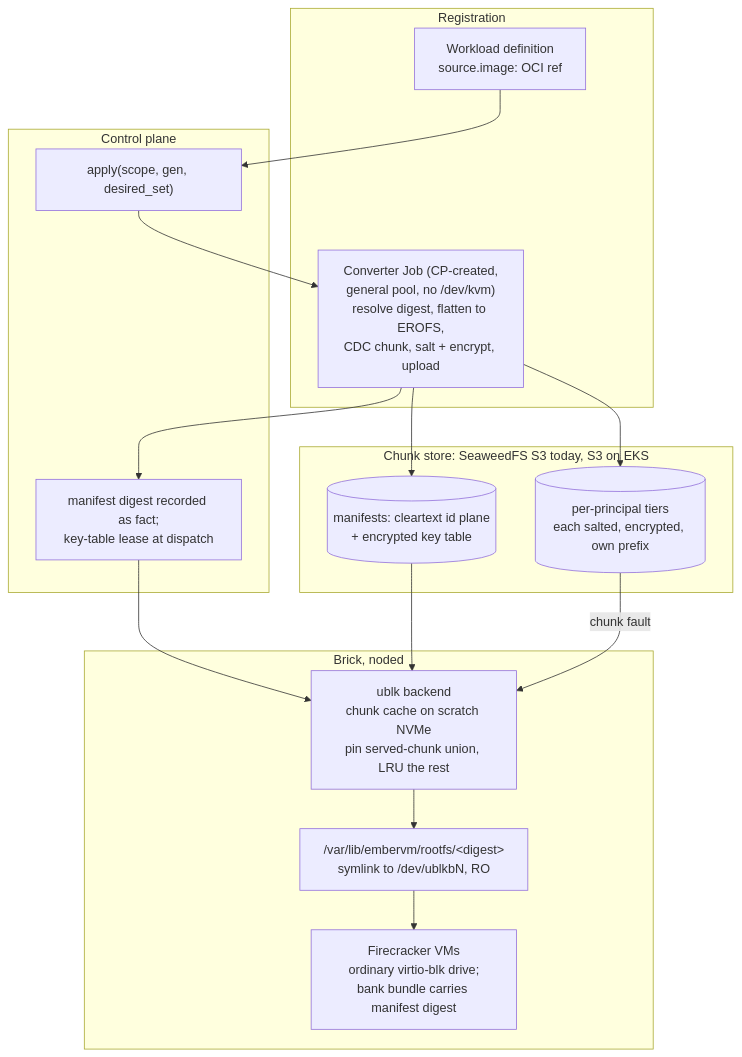
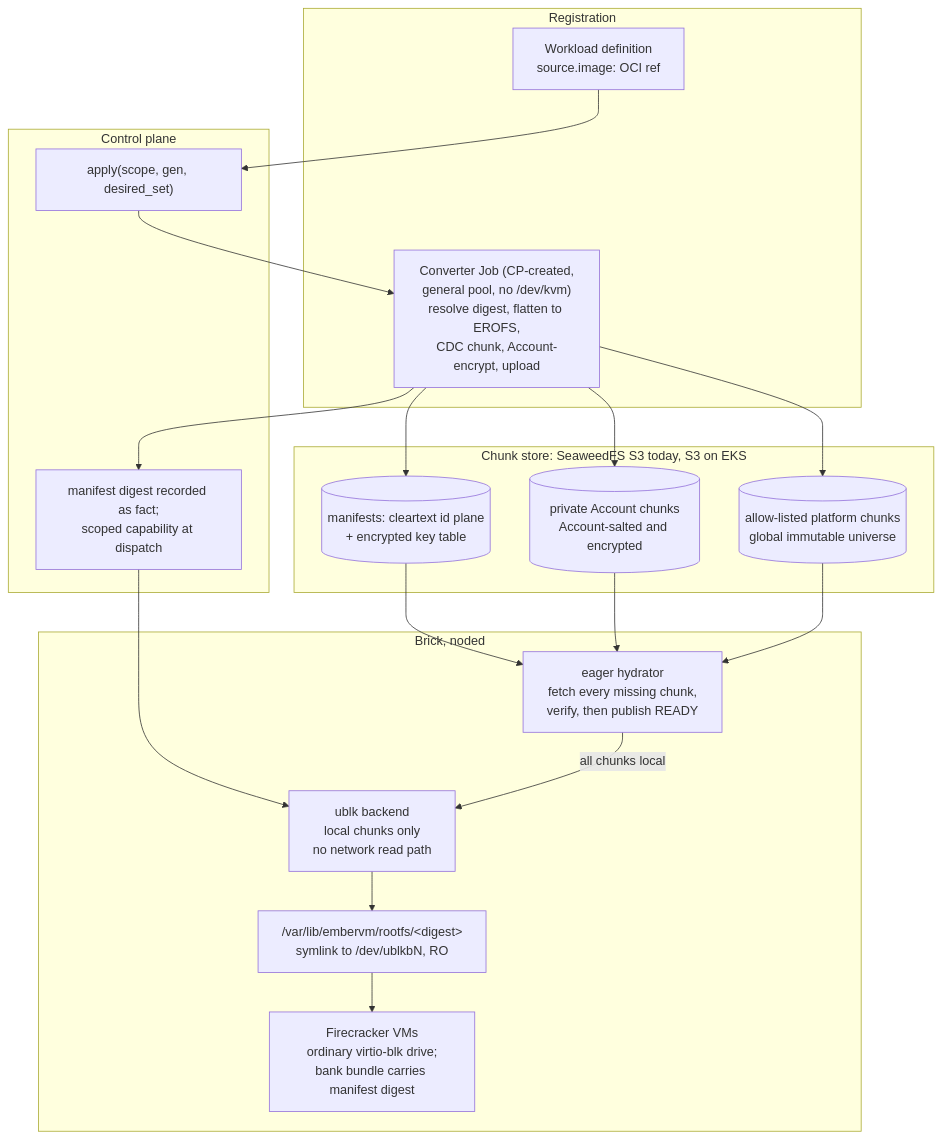
The diagram in docs/decisions/embervm/028-demand-loaded-rootfs-oci-chunk-store.md (jomcgi-org/homelab), drawn with Mermaid before and after one commit. The commit also changed other lines of this file and 11 other files, not shown here.

Commit message:
feat(embervm): define eager account rootfs chunks

````diff
--- a/docs/decisions/embervm/028-demand-loaded-rootfs-oci-chunk-store.md
+++ b/docs/decisions/embervm/028-demand-loaded-rootfs-oci-chunk-store.md
@@ -397,29 +360,34 @@
 ```mermaid
 graph TB
     subgraph reg [Registration]
         WL["Workload definition<br/>source.image: OCI ref"]
-        CONV["Converter Job (CP-created,<br/>general pool, no /dev/kvm)<br/>resolve digest, flatten to EROFS,<br/>CDC chunk, salt + encrypt, upload"]
+        CONV["Converter Job (CP-created,<br/>general pool, no /dev/kvm)<br/>resolve digest, flatten to EROFS,<br/>CDC chunk, Account-encrypt, upload"]
     end
     subgraph cp [Control plane]
         API["apply(scope, gen, desired_set)"]
-        FACT["manifest digest recorded as fact;<br/>key-table lease at dispatch"]
+        FACT["manifest digest recorded as fact;<br/>scoped capability at dispatch"]
     end
     subgraph store [Chunk store: SeaweedFS S3 today, S3 on EKS]
-        TEN[("per-principal tiers<br/>each salted, encrypted, own prefix")]
+        TEN[("private Account chunks<br/>Account-salted and encrypted")]
+        PUB[("allow-listed platform chunks<br/>global immutable universe")]
         MAN[("manifests: cleartext id plane<br/>+ encrypted key table")]
     end
     subgraph brick [Brick, noded]
-        BE["ublk backend<br/>chunk cache on scratch NVMe<br/>pin served-chunk union, LRU the rest"]
+        HYD["eager hydrator<br/>fetch every missing chunk,<br/>verify, then publish READY"]
+        BE["ublk backend<br/>local chunks only<br/>no network read path"]
         DEV["/var/lib/embervm/rootfs/&lt;digest&gt;<br/>symlink to /dev/ublkbN, RO"]
         FC["Firecracker VMs<br/>ordinary virtio-blk drive;<br/>bank bundle carries manifest digest"]
     end
     WL --> API
     API --> CONV
     CONV --> TEN
+    CONV --> PUB
     CONV --> MAN
     CONV --> FACT
     FACT --> BE
-    MAN --> BE
-    TEN -->|chunk fault| BE
+    MAN --> HYD
+    TEN --> HYD
+    PUB --> HYD
+    HYD -->|all chunks local| BE
     BE --> DEV --> FC
 ```
````
